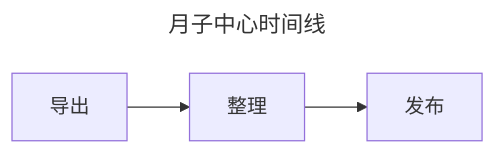
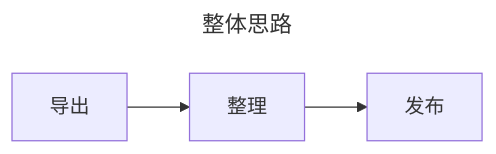
One commit to arthurfsy2/arthurfsy2.github.io changed the diagram in src/经验总结/IT总结/社交媒体备份.md. Above: the diagram before and after it, drawn with Mermaid. The commit also changed other lines of this file and 4 other files, not shown here.

````diff
--- a/src/经验总结/IT总结/社交媒体备份.md
+++ b/src/经验总结/IT总结/社交媒体备份.md
@@ -18,9 +18,9 @@
 ```mermaid
 ---
-title: 月子中心时间线
+title: 整体思路
 ---
 flowchart LR
 
     导出-->整理-->发布
 
 ```
````
